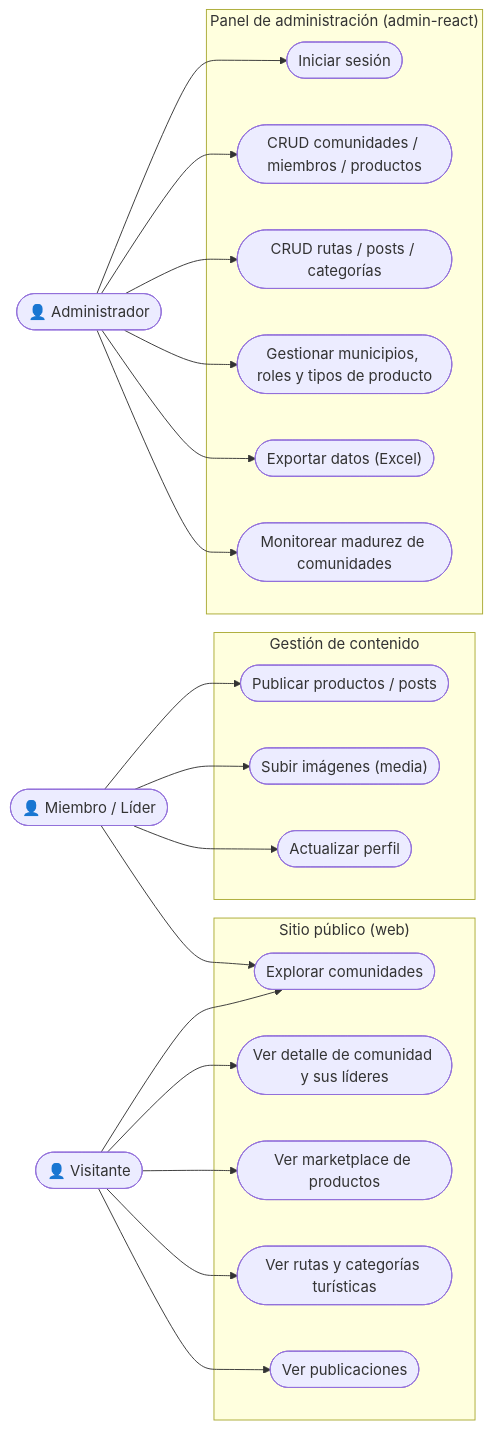
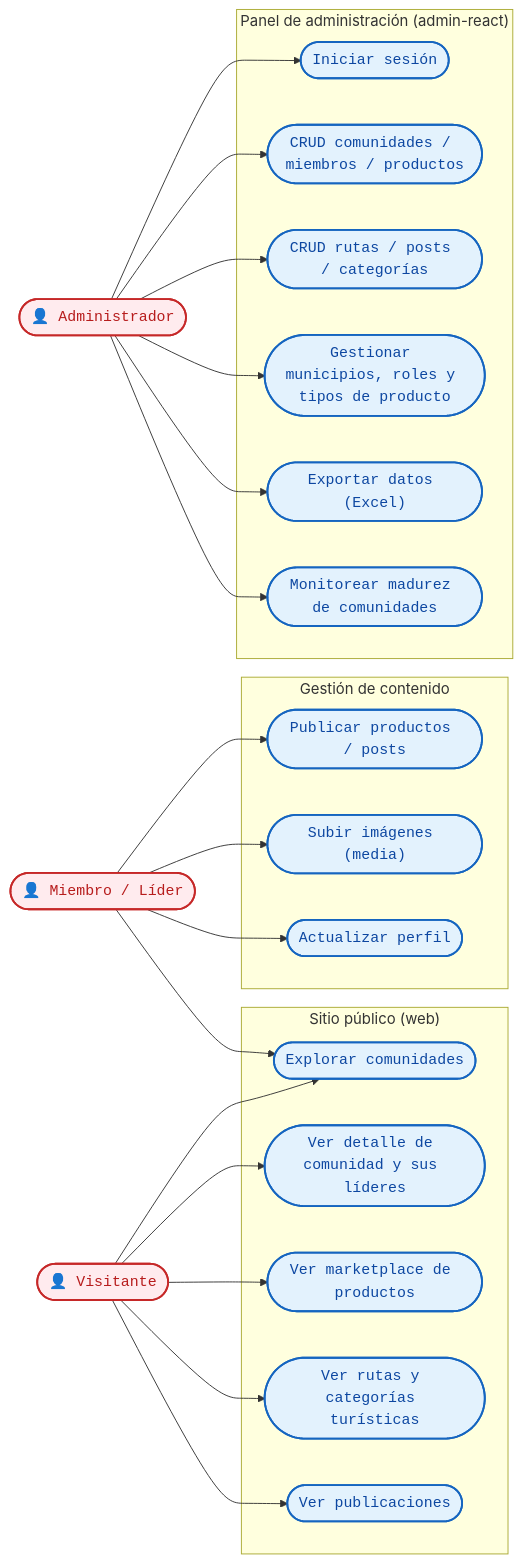
Before and after one commit to Alexhumme/guajira-platform: the diagram in documentacion/diagrama-casos-de-uso.md, drawn with Mermaid. The commit also changed 4 other files, not shown here.

Commit message:
docs: style all mermaid diagrams with shared classDef theme

````diff
--- a/documentacion/diagrama-casos-de-uso.md
+++ b/documentacion/diagrama-casos-de-uso.md
@@ -3,47 +3,51 @@
 ```mermaid
 graph LR
+  classDef default fill:#E3F2FD,stroke:#1565C0,color:#0D47A1,stroke-width:2px,font-family:monospace
+  classDef actor fill:#FFEBEE,stroke:#C62828,color:#B71C1C
+  classDef card fill:#FFF3E0,stroke:#EF6C00,color:#E65100
   Visitante(["👤 Visitante"])
   Miembro(["👤 Miembro / Líder"])
   Admin(["👤 Administrador"])
 
   subgraph Publico["Sitio público (web)"]
     UC1(["Explorar comunidades"])
     UC2(["Ver detalle de comunidad y sus líderes"])
     UC3(["Ver marketplace de productos"])
     UC4(["Ver rutas y categorías turísticas"])
     UC5(["Ver publicaciones"])
   end
 
   subgraph MiembroUC["Gestión de contenido"]
     UC6(["Publicar productos / posts"])
     UC7(["Subir imágenes (media)"])
     UC8(["Actualizar perfil"])
   end
 
   subgraph AdminUC["Panel de administración (admin-react)"]
     UC9(["Iniciar sesión"])
     UC10(["CRUD comunidades / miembros / productos"])
     UC11(["CRUD rutas / posts / categorías"])
     UC12(["Gestionar municipios, roles y tipos de producto"])
     UC13(["Exportar datos (Excel)"])
     UC14(["Monitorear madurez de comunidades"])
   end
 
   Visitante --> UC1
   Visitante --> UC2
   Visitante --> UC3
   Visitante --> UC4
   Visitante --> UC5
 
   Miembro --> UC1
   Miembro --> UC6
   Miembro --> UC7
   Miembro --> UC8
 
   Admin --> UC9
   Admin --> UC10
   Admin --> UC11
   Admin --> UC12
   Admin --> UC13
   Admin --> UC14
+  class Visitante,Miembro,Admin actor
 ```
````
